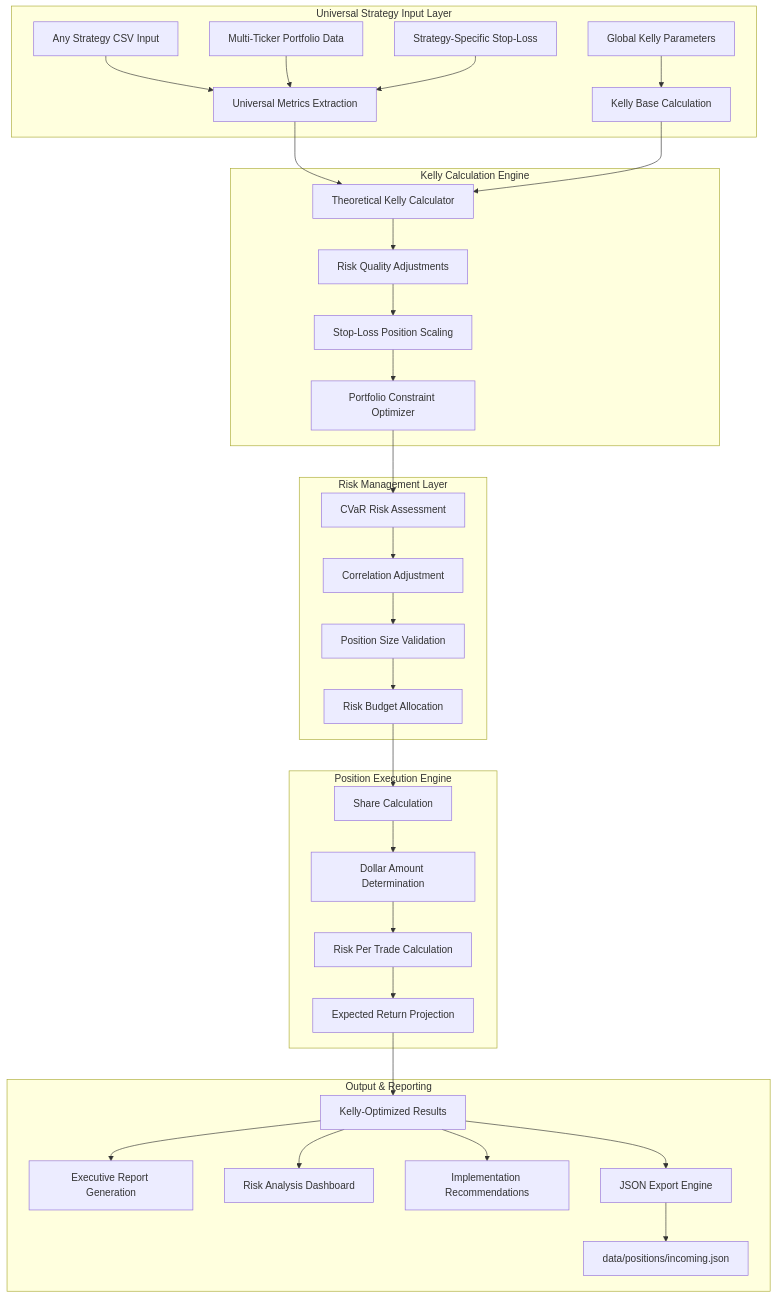
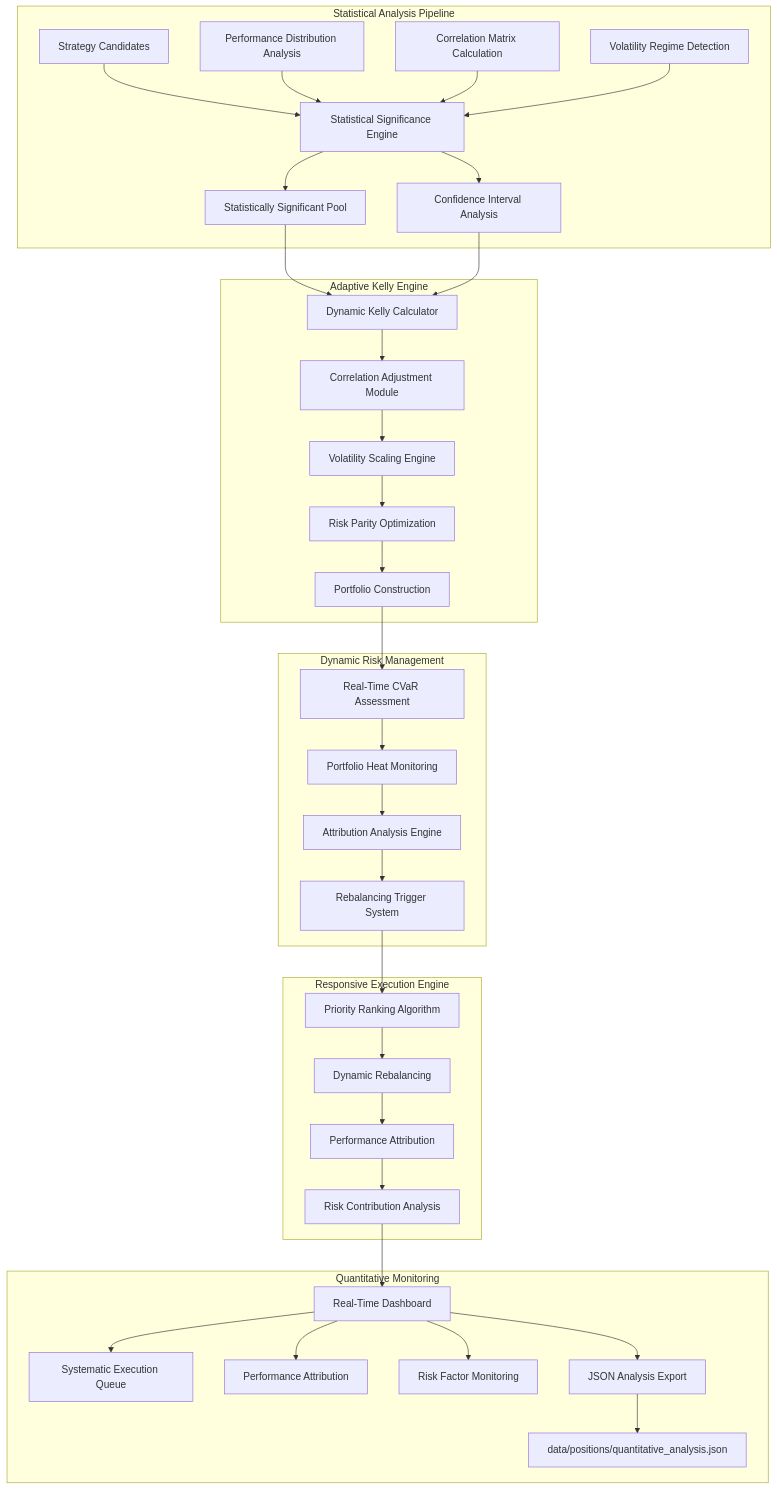
One commit to ColeMorton/trading changed the diagram in docs/Position_Sizing_Executive_Specification.md. Above: the diagram before and after it, drawn with Mermaid. The commit also changed other lines of this file and 91 other files, not shown here.

First line of the commit message:
Optimize position sizing framework for single-use strategy paradigm

````diff
--- a/docs/Position_Sizing_Executive_Specification.md
+++ b/docs/Position_Sizing_Executive_Specification.md
@@ -51,40 +52,43 @@
 ```mermaid
 graph TB
-    subgraph "Universal Strategy Input Layer"
-        A[Any Strategy CSV Input] --> B[Universal Metrics Extraction]
-        C[Multi-Ticker Portfolio Data] --> B
-        D[Strategy-Specific Stop-Loss] --> B
-        E[Global Kelly Parameters] --> F[Kelly Base Calculation]
+    subgraph "Statistical Analysis Pipeline"
+        A[Strategy Candidates] --> B[Statistical Significance Engine]
+        C[Performance Distribution Analysis] --> B
+        D[Correlation Matrix Calculation] --> B
+        E[Volatility Regime Detection] --> B
+        B --> F[Statistically Significant Pool]
+        B --> G[Confidence Interval Analysis]
     end
 
-    subgraph "Kelly Calculation Engine"
-        B --> G[Theoretical Kelly Calculator]
-        G --> H[Risk Quality Adjustments]
-        H --> I[Stop-Loss Position Scaling]
-        I --> J[Portfolio Constraint Optimizer]
-        F --> G
+    subgraph "Adaptive Kelly Engine"
+        F --> H[Dynamic Kelly Calculator]
+        G --> H
+        H --> I[Correlation Adjustment Module]
+        I --> J[Volatility Scaling Engine]
+        J --> K[Risk Parity Optimization]
+        K --> L[Portfolio Construction]
     end
 
-    subgraph "Risk Management Layer"
-        J --> K[CVaR Risk Assessment]
-        K --> L[Correlation Adjustment]
-        L --> M[Position Size Validation]
-        M --> N[Risk Budget Allocation]
+    subgraph "Dynamic Risk Management"
+        L --> M[Real-Time CVaR Assessment]
+        M --> N[Portfolio Heat Monitoring]
+        N --> O[Attribution Analysis Engine]
+        O --> P[Rebalancing Trigger System]
     end
 
-    subgraph "Position Execution Engine"
-        N --> O[Share Calculation]
-        O --> P[Dollar Amount Determination]
-        P --> Q[Risk Per Trade Calculation]
-        Q --> R[Expected Return Projection]
+    subgraph "Responsive Execution Engine"
+        P --> Q[Priority Ranking Algorithm]
+        Q --> R[Dynamic Rebalancing]
+        R --> S[Performance Attribution]
+        S --> T[Risk Contribution Analysis]
     end
 
-    subgraph "Output & Reporting"
-        R --> S[Kelly-Optimized Results]
-        S --> T[Executive Report Generation]
-        S --> U[Risk Analysis Dashboard]
-        S --> V[Implementation Recommendations]
-        S --> W[JSON Export Engine]
-        W --> X[data/positions/incoming.json]
+    subgraph "Quantitative Monitoring"
+        T --> U[Real-Time Dashboard]
+        U --> V[Systematic Execution Queue]
+        U --> W[Performance Attribution]
+        U --> X[Risk Factor Monitoring]
+        U --> Y[JSON Analysis Export]
+        Y --> Z[data/positions/quantitative_analysis.json]
     end
 ```
````
